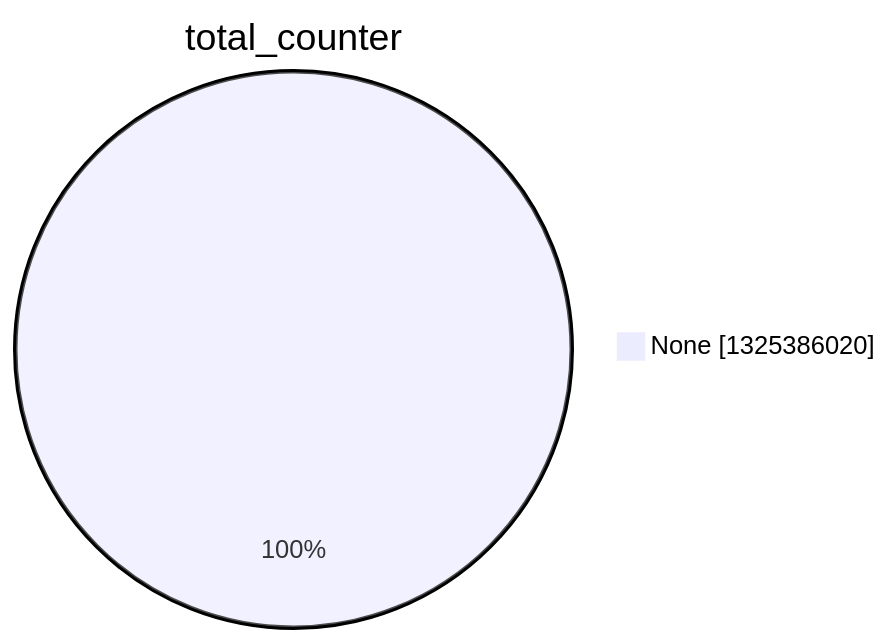
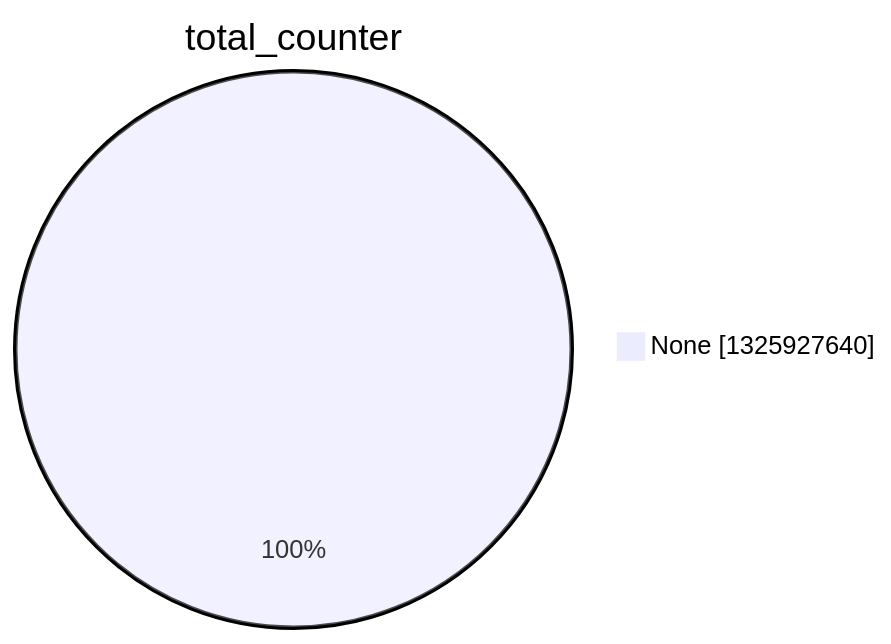
The second of 15 diagrams in argon2022/README.md (christiankrug/ctmonitor_visualization), drawn with Mermaid before and after one commit. The commit also changed other lines of this file, not shown here.

````diff
--- a/argon2022/README.md
+++ b/argon2022/README.md
@@ -9,5 +9,5 @@
 ```mermaid
 pie showData
 title total_counter
-"None" :1325386020
+"None" :1325927640
 ```
````
